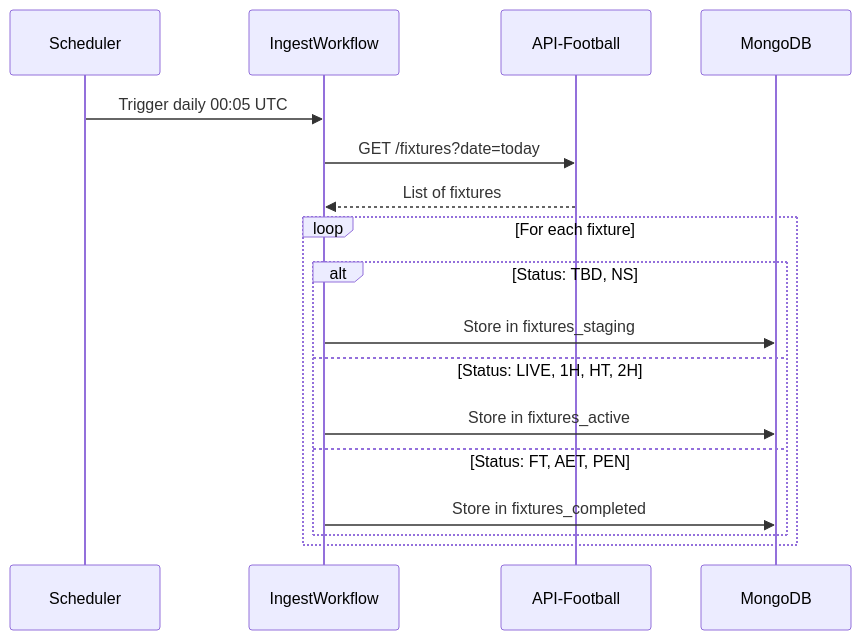
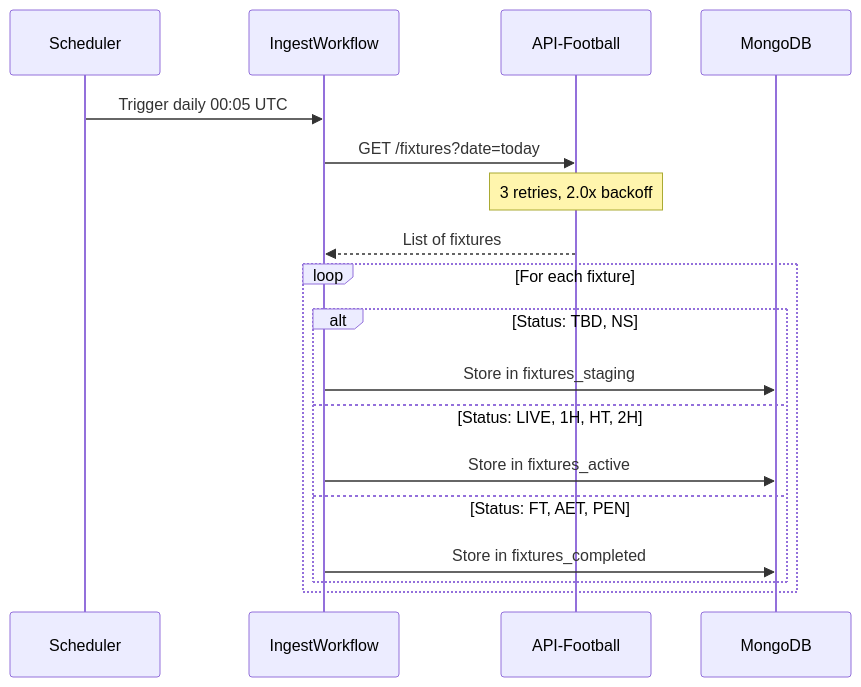
One commit to vedantadhobley/found-footy changed the third of 6 diagrams in TEMPORAL_WORKFLOWS.md. Above: the diagram before and after it, drawn with Mermaid. The commit also changed other lines of this file and 19 other files, not shown here.

````diff
--- a/TEMPORAL_WORKFLOWS.md
+++ b/TEMPORAL_WORKFLOWS.md
@@ -97,21 +106,22 @@
 ```mermaid
 sequenceDiagram
     participant S as Scheduler
     participant IW as IngestWorkflow
     participant API as API-Football
     participant DB as MongoDB
     
     S->>IW: Trigger daily 00:05 UTC
     IW->>API: GET /fixtures?date=today
+    Note over API: 3 retries, 2.0x backoff
     API-->>IW: List of fixtures
     
     loop For each fixture
         alt Status: TBD, NS
             IW->>DB: Store in fixtures_staging
         else Status: LIVE, 1H, HT, 2H
             IW->>DB: Store in fixtures_active
         else Status: FT, AET, PEN
             IW->>DB: Store in fixtures_completed
         end
     end
 ```
````
